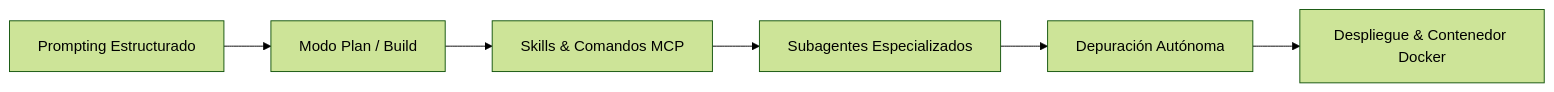
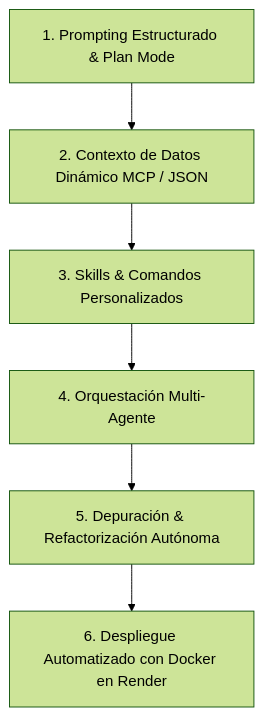
The first of 4 diagrams in Sistema de Gestión de Cirugía Bariátrica.md (bracebalDev/sistema_gestion_pacientes_bariatricos), drawn with Mermaid (forest theme) before and after one commit. The commit also changed other lines of this file, not shown here.

Commit message:
docs: actualizar informe tecnico con documentacion de API Keys BYOK, RBAC Modo Admin y QA ISO 25010

````diff
--- a/Sistema de Gestión de Cirugía Bariátrica.md
+++ b/Sistema de Gestión de Cirugía Bariátrica.md
@@ -62,8 +55,8 @@
 ```mermaid
-flowchart LR
-    A[Prompting Estructurado] --> B[Modo Plan / Build]
-    B --> C[Skills & Comandos MCP]
-    C --> D[Subagentes Especializados]
-    D --> E[Depuración Autónoma]
-    E --> F[Despliegue & Contenedor Docker]
+flowchart TD
+    A[1. Prompting Estructurado & Plan Mode] --> B[2. Contexto de Datos Dinámico MCP / JSON]
+    B --> C[3. Skills & Comandos Personalizados]
+    C --> D[4. Orquestación Multi-Agente]
+    D --> E[5. Depuración & Refactorización Autónoma]
+    E --> F[6. Despliegue Automatizado con Docker en Render]
 ```
````
